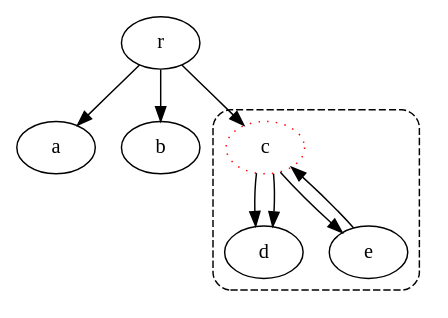
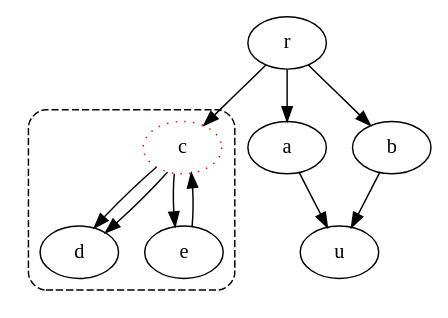
The diagram in lqXDot_test/gallery/tree_foldable.gv (CapelliC/loqt), drawn with Graphviz before and after one commit. The commit also changed 3 other files, not shown here.

```diff
--- a/lqXDot_test/gallery/tree_foldable.gv
+++ b/lqXDot_test/gallery/tree_foldable.gv
@@ -1,16 +1,18 @@
 /* script file tree_foldable.gv
    created at Thu Nov 21 11:02:21 2013 */
 
 digraph tree_foldable {
 	r -> a
 	r -> b
 	r -> c
+a -> u
+b -> u
 	subgraph cluster_1 {
 	style="rounded,dashed"
 	c -> d
 	c -> d
 	c -> e
 	e -> c
 	c [color=red tooltip="foldable!" style="dotted"]
 	}
 }
```
